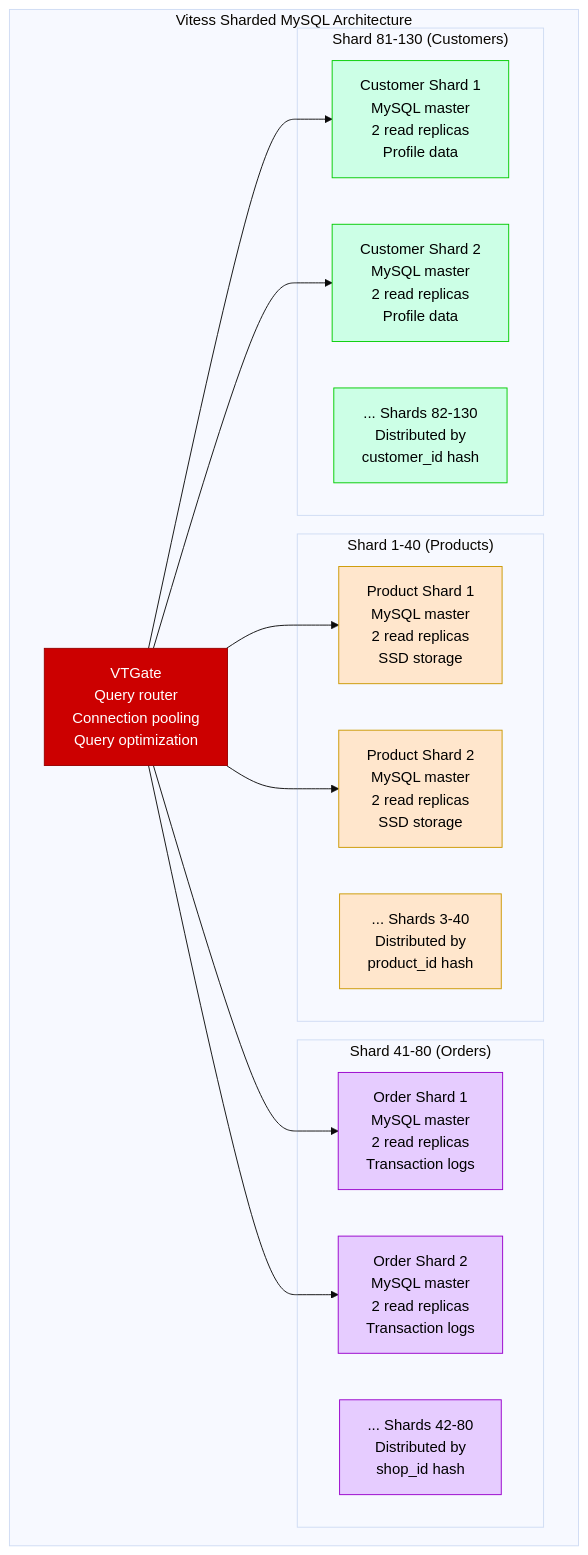
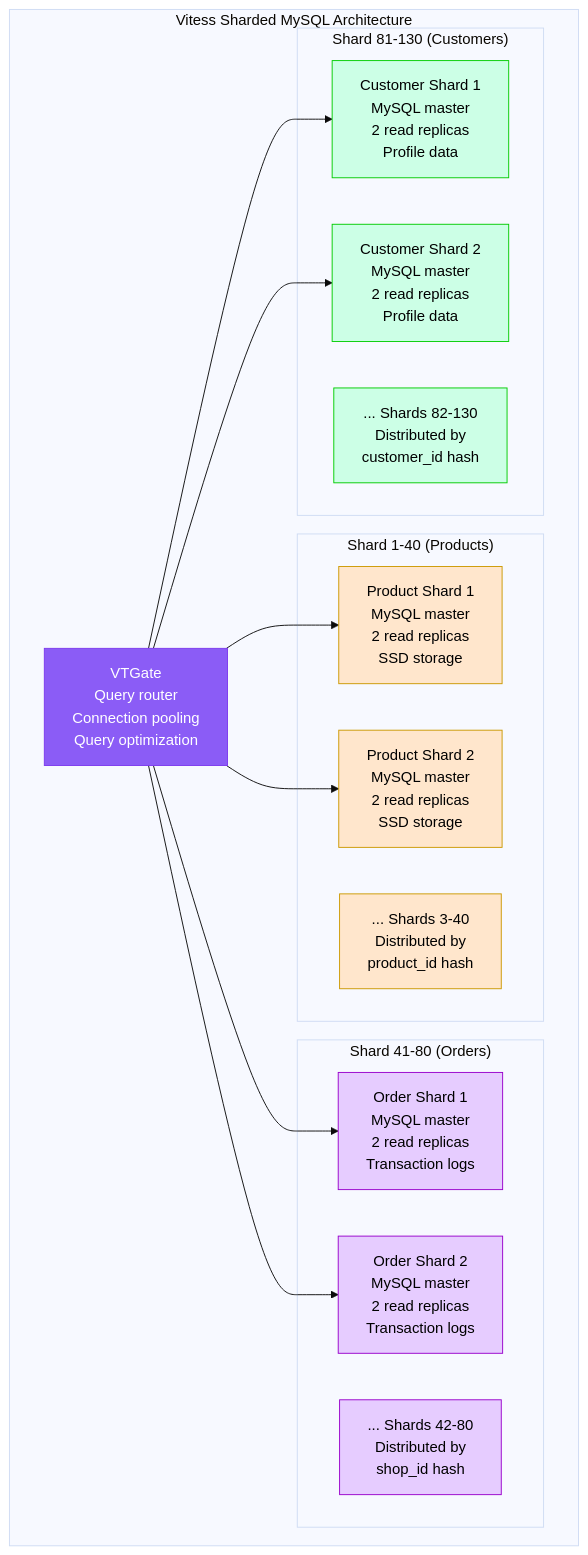
Before and after one commit to deepaucksharma/DS: the third of 3 diagrams in site/docs/systems/shopify/architecture.md, drawn with Mermaid (base theme). The commit also changed other lines of this file and 303 other files, not shown here.

````diff
--- a/site/docs/systems/shopify/architecture.md
+++ b/site/docs/systems/shopify/architecture.md
@@ -181,42 +181,42 @@
 ```mermaid
 graph TB
     subgraph "Vitess Sharded MySQL Architecture"
         VTGATE[VTGate<br/>Query router<br/>Connection pooling<br/>Query optimization]
 
         subgraph "Shard 1-40 (Products)"
             SHARD1[Product Shard 1<br/>MySQL master<br/>2 read replicas<br/>SSD storage]
             SHARD2[Product Shard 2<br/>MySQL master<br/>2 read replicas<br/>SSD storage]
             SHARD_ETC[... Shards 3-40<br/>Distributed by<br/>product_id hash]
         end
 
         subgraph "Shard 41-80 (Orders)"
             SHARD41[Order Shard 1<br/>MySQL master<br/>2 read replicas<br/>Transaction logs]
             SHARD42[Order Shard 2<br/>MySQL master<br/>2 read replicas<br/>Transaction logs]
             SHARD_ETC2[... Shards 42-80<br/>Distributed by<br/>shop_id hash]
         end
 
         subgraph "Shard 81-130 (Customers)"
             SHARD81[Customer Shard 1<br/>MySQL master<br/>2 read replicas<br/>Profile data]
             SHARD82[Customer Shard 2<br/>MySQL master<br/>2 read replicas<br/>Profile data]
             SHARD_ETC3[... Shards 82-130<br/>Distributed by<br/>customer_id hash]
         end
     end
 
     VTGATE --> SHARD1
     VTGATE --> SHARD2
     VTGATE --> SHARD41
     VTGATE --> SHARD42
     VTGATE --> SHARD81
     VTGATE --> SHARD82
 
     %% Apply shard colors
-    classDef routerStyle fill:#CC0000,stroke:#990000,color:#fff
+    classDef routerStyle fill:#8B5CF6,stroke:#7C3AED,color:#fff
     classDef productStyle fill:#FFE6CC,stroke:#CC9900,color:#000
     classDef orderStyle fill:#E6CCFF,stroke:#9900CC,color:#000
     classDef customerStyle fill:#CCFFE6,stroke:#00CC00,color:#000
 
     class VTGATE routerStyle
     class SHARD1,SHARD2,SHARD_ETC productStyle
     class SHARD41,SHARD42,SHARD_ETC2 orderStyle
     class SHARD81,SHARD82,SHARD_ETC3 customerStyle
 ```
````
